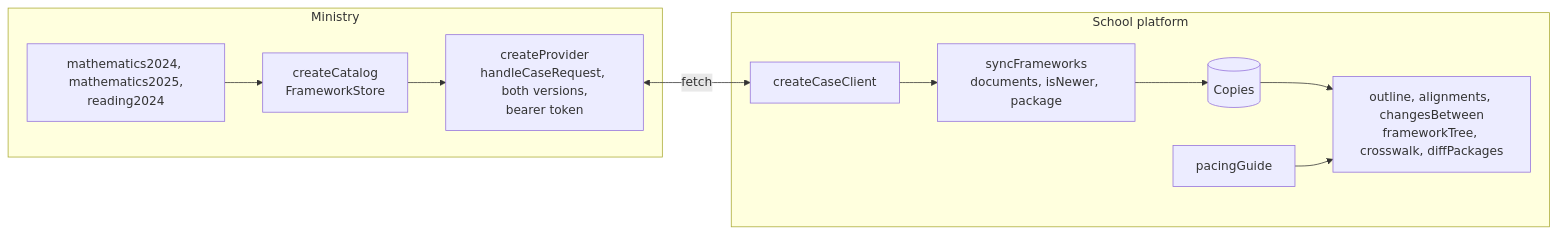
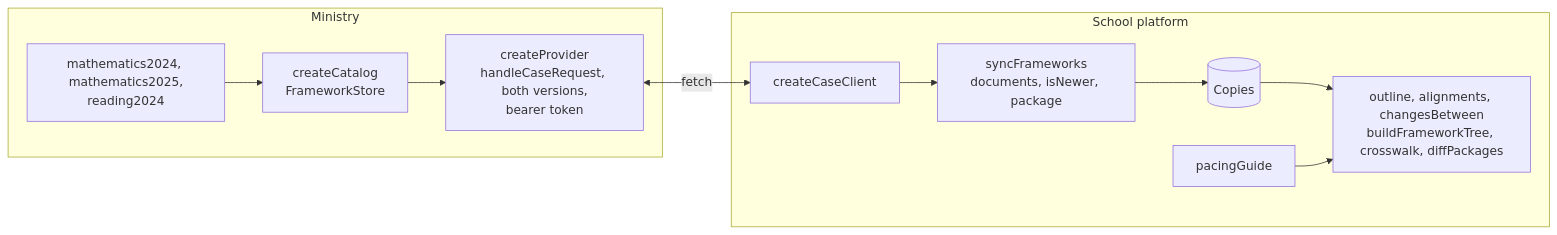
One commit to interopkit/interopkit changed the diagram in examples/competency-frameworks/README.md. Above: the diagram before and after it, drawn with Mermaid. The commit also changed other lines of this file and 368 other files, not shown here.

````diff
--- a/examples/competency-frameworks/README.md
+++ b/examples/competency-frameworks/README.md
@@ -9,14 +9,14 @@
 ```mermaid
 flowchart LR
   subgraph ministry["Ministry"]
     data["mathematics2024, mathematics2025,<br/>reading2024"] --> catalog["createCatalog<br/>FrameworkStore"]
     catalog --> handler["createProvider<br/>handleCaseRequest, both versions,<br/>bearer token"]
   end
   subgraph platform["School platform"]
     client["createCaseClient"] --> sync["syncFrameworks<br/>documents, isNewer, package"]
     sync --> copies[("Copies")]
-    copies --> views["outline, alignments, changesBetween<br/>frameworkTree, crosswalk, diffPackages"]
+    copies --> views["outline, alignments, changesBetween<br/>buildFrameworkTree, crosswalk, diffPackages"]
     guide["pacingGuide"] --> views
   end
   handler <-->|"fetch"| client
 ```
````
